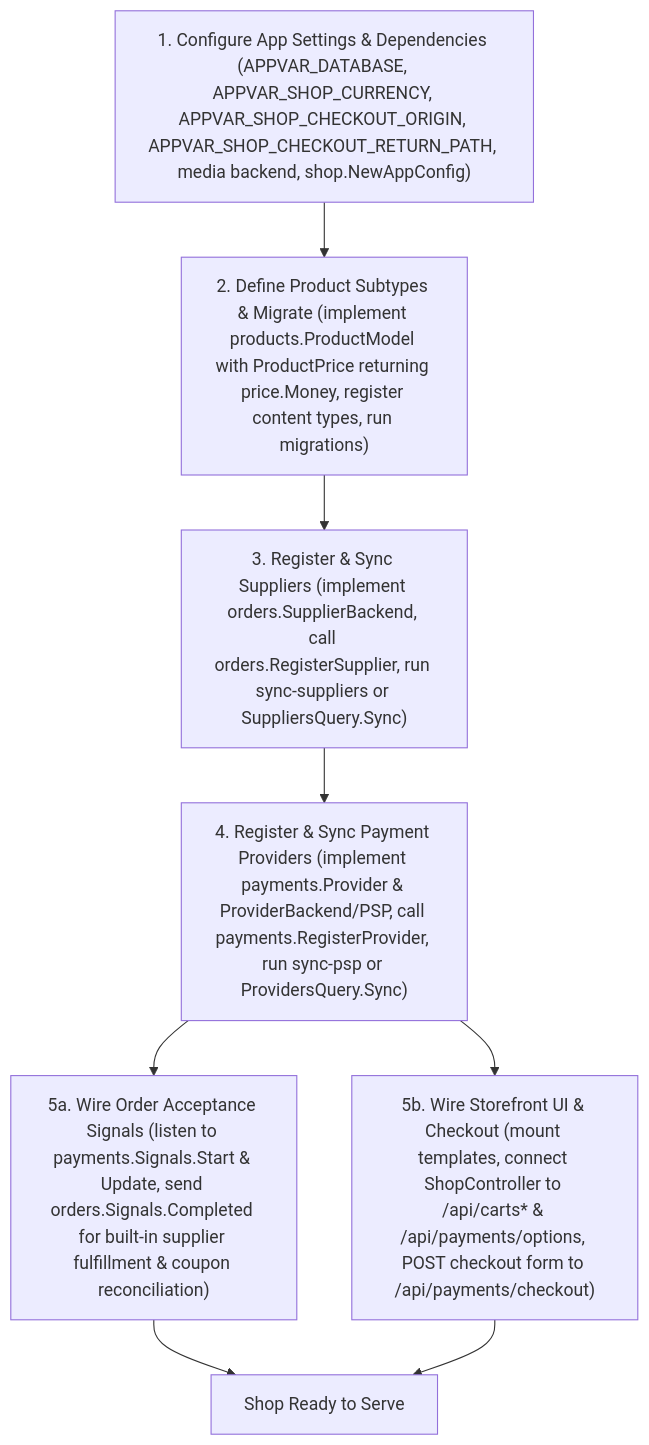
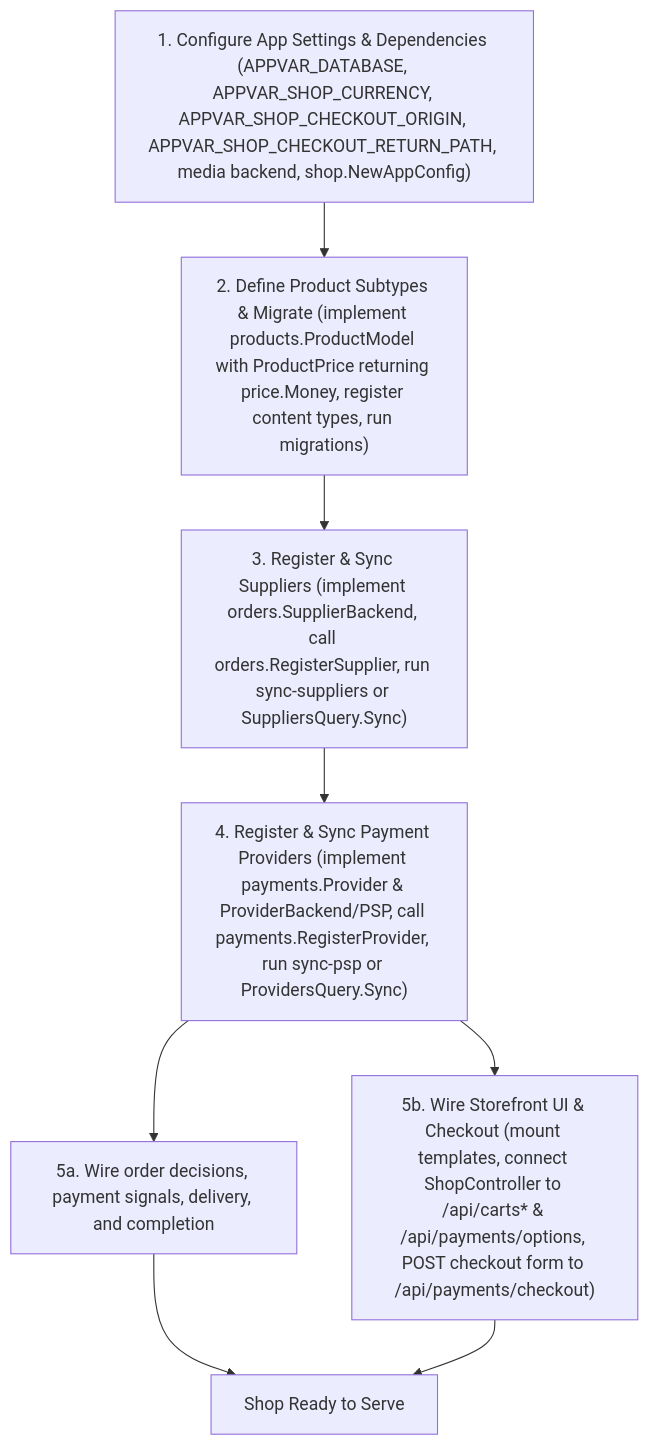
The second of 2 diagrams in contrib/shop/readme.md (Nigel2392/go-django), drawn with Mermaid before and after one commit. The commit also changed other lines of this file and 182 other files, not shown here.

````diff
--- a/contrib/shop/readme.md
+++ b/contrib/shop/readme.md
@@ -213,18 +216,18 @@
 ```mermaid
 flowchart TD
     s1["1. Configure App Settings & Dependencies (APPVAR_DATABASE, APPVAR_SHOP_CURRENCY, APPVAR_SHOP_CHECKOUT_ORIGIN, APPVAR_SHOP_CHECKOUT_RETURN_PATH, media backend, shop.NewAppConfig)"]
     s2["2. Define Product Subtypes & Migrate (implement products.ProductModel with ProductPrice returning price.Money, register content types, run migrations)"]
     s3["3. Register & Sync Suppliers (implement orders.SupplierBackend, call orders.RegisterSupplier, run sync-suppliers or SuppliersQuery.Sync)"]
     s4["4. Register & Sync Payment Providers (implement payments.Provider & ProviderBackend/PSP, call payments.RegisterProvider, run sync-psp or ProvidersQuery.Sync)"]
-    s5a["5a. Wire Order Acceptance Signals (listen to payments.Signals.Start & Update, send orders.Signals.Completed for built-in supplier fulfillment & coupon reconciliation)"]
+    s5a["5a. Wire order decisions, payment signals, delivery, and completion"]
     s5b["5b. Wire Storefront UI & Checkout (mount templates, connect ShopController to /api/carts* & /api/payments/options, POST checkout form to /api/payments/checkout)"]
     ready["Shop Ready to Serve"]
 
     s1 --> s2
     s2 --> s3
     s3 --> s4
     s4 --> s5a
     s4 --> s5b
     s5a --> ready
     s5b --> ready
 ```
````
